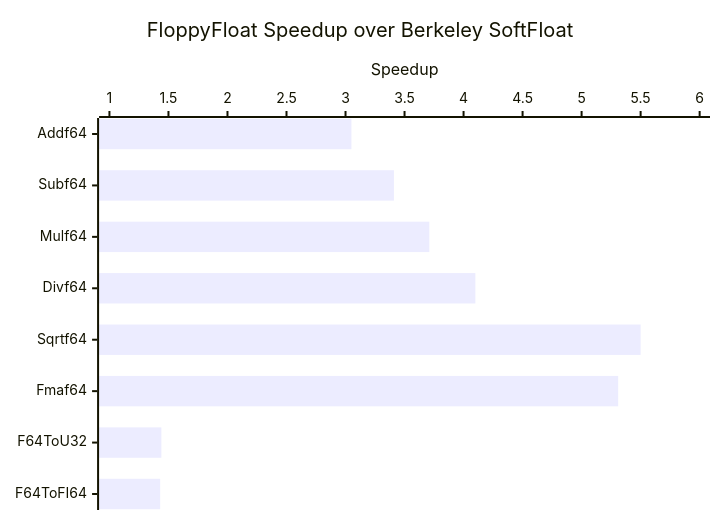
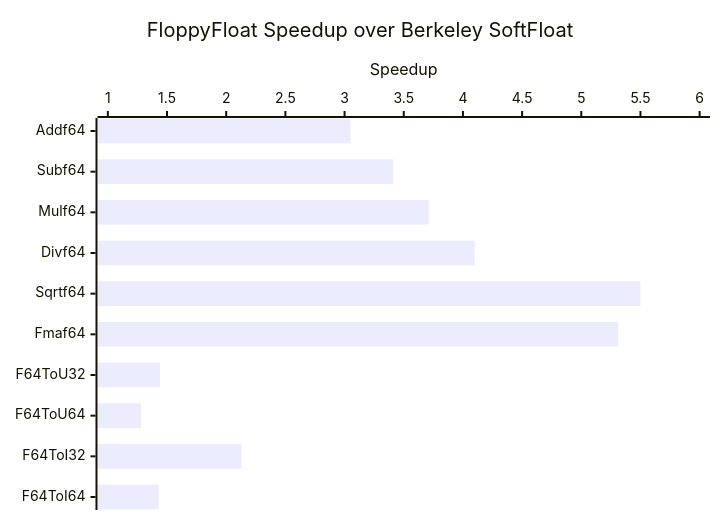
Before and after one commit to not-chciken/FloppyFloat: the diagram in README.md, drawn with Mermaid. The commit also changed other lines of this file, not shown here.

````diff
--- a/README.md
+++ b/README.md
@@ -26,7 +26,7 @@
 ```mermaid
 xychart-beta horizontal
     title "FloppyFloat Speedup over Berkeley SoftFloat"
-    x-axis [Addf64, Subf64, Mulf64, Divf64, Sqrtf64, Fmaf64, F64ToU32, F64ToFI64]
+    x-axis [Addf64, Subf64, Mulf64, Divf64, Sqrtf64, Fmaf64, F64ToU32, F64ToU64, F64ToI32, F64ToI64]
     y-axis "Speedup" 1 --> 6
-    bar [3.05, 3.41, 3.71, 4.10, 5.50, 5.31, 1.44, 1.43]
+    bar [3.05, 3.41, 3.71, 4.10, 5.50, 5.31, 1.44, 1.28, 2.13, 1.43]
 ```
````
